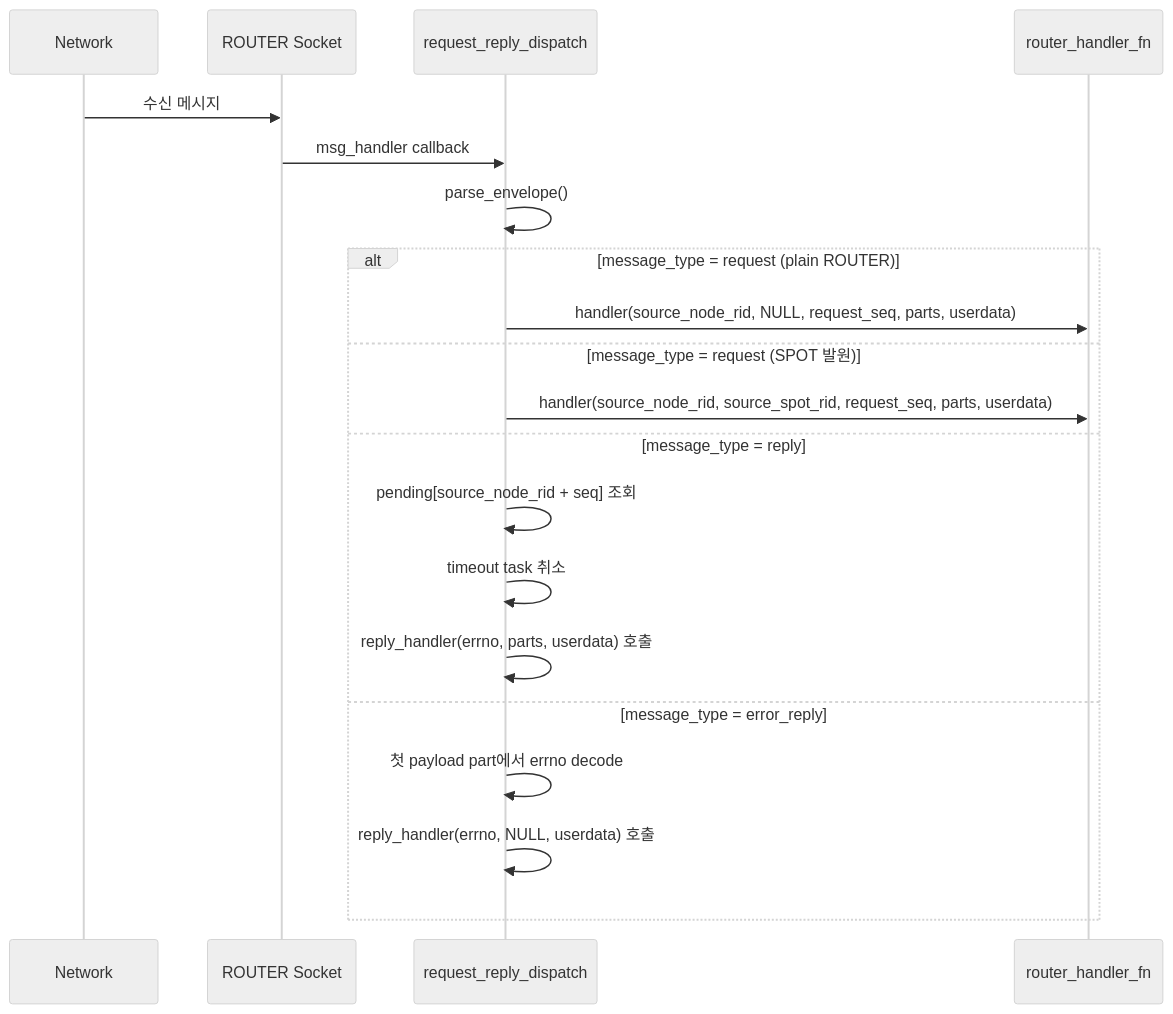
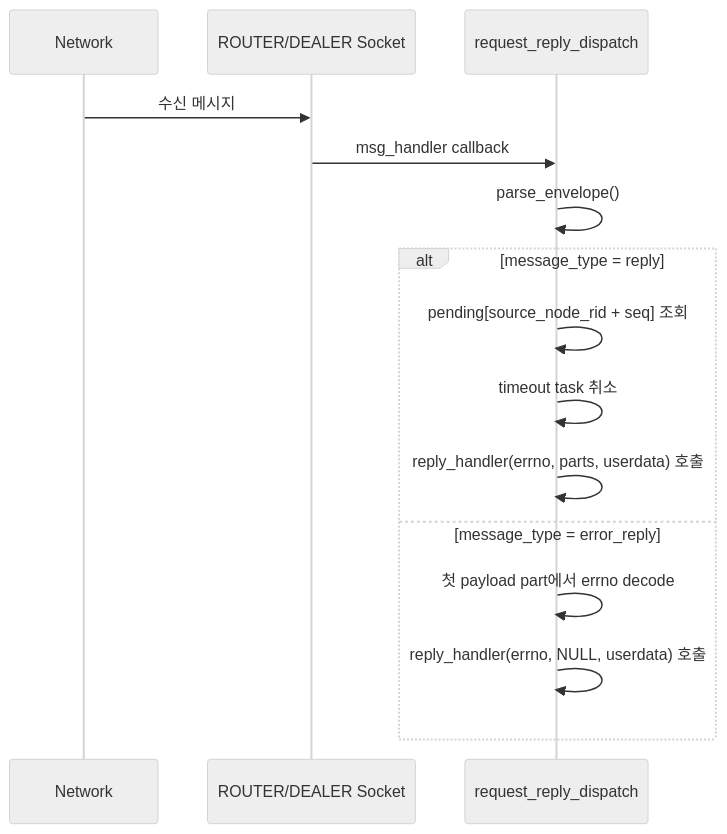
The ninth of 14 diagrams in doc/internals/services-internals.ko.md (kairos-code-dev/zlink), drawn with Mermaid (neutral theme) before and after one commit. The commit also changed other lines of this file and 154 other files, not shown here.

Commit message:
Refactor recv and service attachment flows

````diff
--- a/doc/internals/services-internals.ko.md
+++ b/doc/internals/services-internals.ko.md
@@ -520,23 +517,18 @@
 ```mermaid
 sequenceDiagram
     participant Net as Network
-    participant Socket as ROUTER Socket
+    participant Socket as ROUTER/DEALER Socket
     participant Dispatch as request_reply_dispatch
-    participant Handler as router_handler_fn
 
     Net->>Socket: 수신 메시지
     Socket->>Dispatch: msg_handler callback
     Dispatch->>Dispatch: parse_envelope()
-    alt message_type = request (plain ROUTER)
-        Dispatch->>Handler: handler(source_node_rid, NULL, request_seq, parts, userdata)
-    else message_type = request (SPOT 발원)
-        Dispatch->>Handler: handler(source_node_rid, source_spot_rid, request_seq, parts, userdata)
-    else message_type = reply
+    alt message_type = reply
         Dispatch->>Dispatch: pending[source_node_rid + seq] 조회
         Dispatch->>Dispatch: timeout task 취소
         Dispatch->>Dispatch: reply_handler(errno, parts, userdata) 호출
     else message_type = error_reply
         Dispatch->>Dispatch: 첫 payload part에서 errno decode
         Dispatch->>Dispatch: reply_handler(errno, NULL, userdata) 호출
     end
 ```
````
